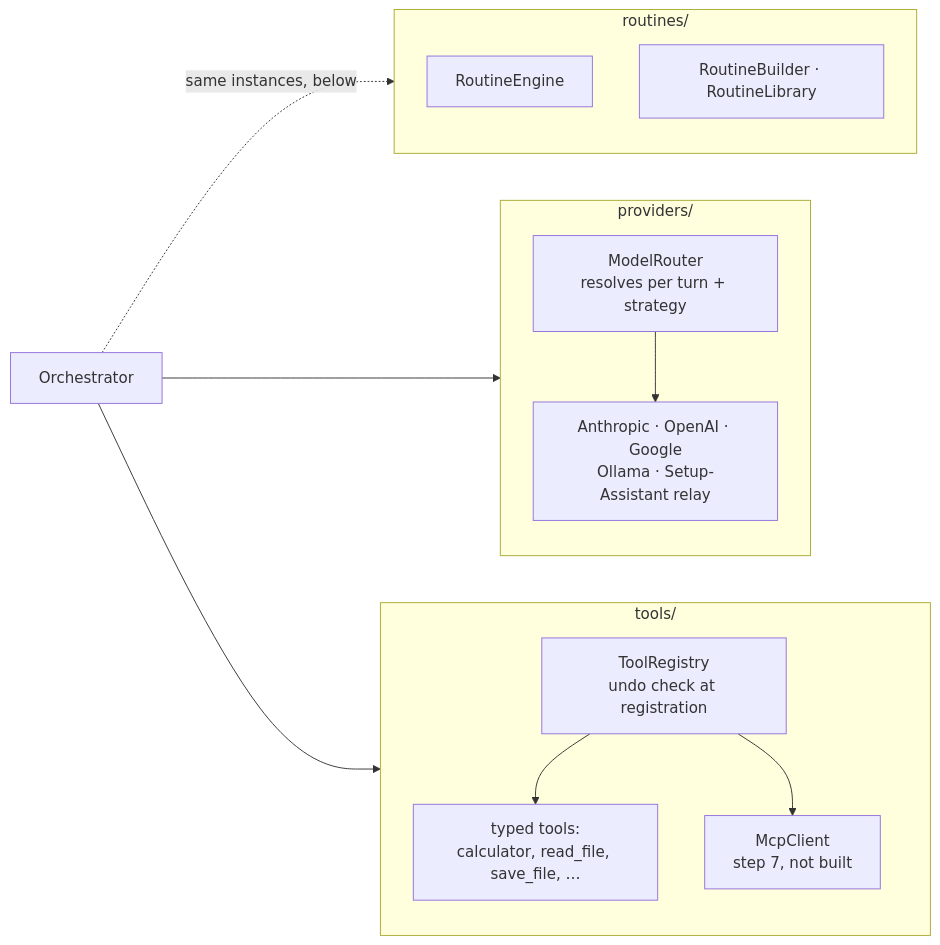
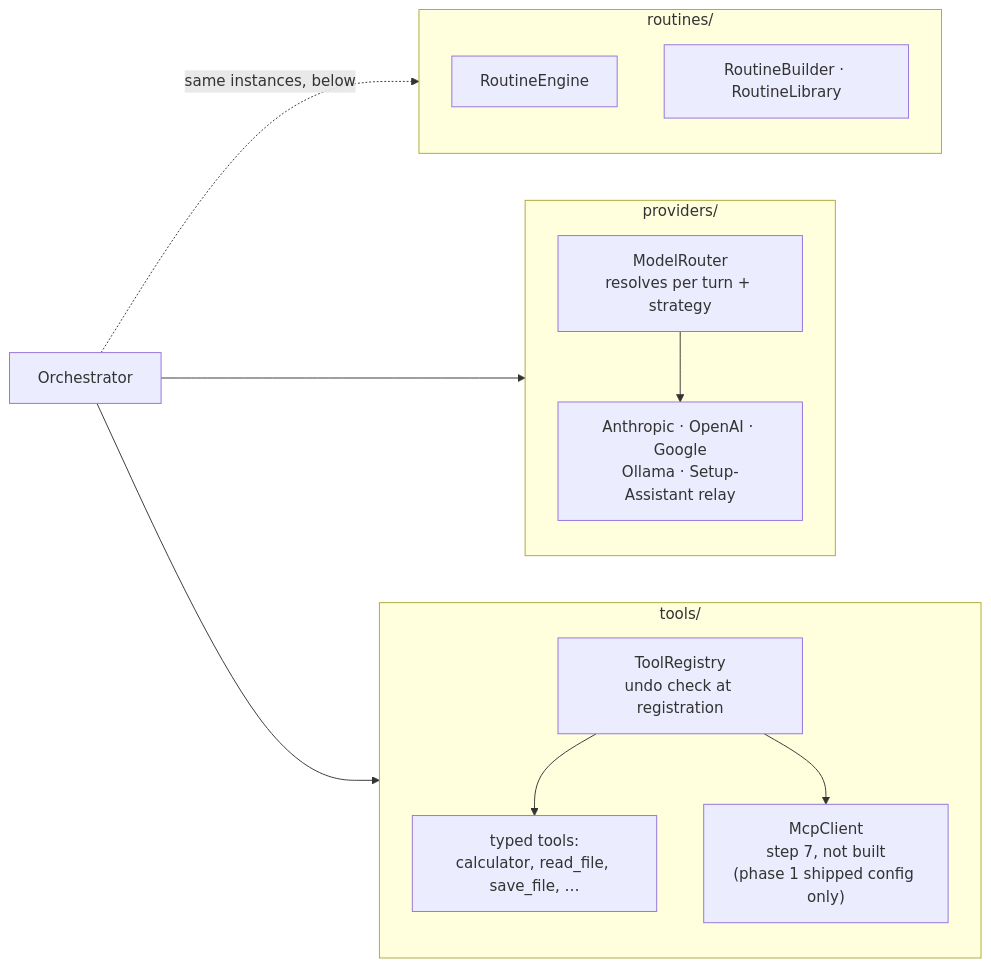
The third of 4 diagrams in docs/architecture.md (N041M/Addison), drawn with Mermaid before and after one commit. The commit also changed other lines of this file and 17 other files, not shown here.

````diff
--- a/docs/architecture.md
+++ b/docs/architecture.md
@@ -189,27 +189,27 @@
 ```mermaid
 flowchart LR
     Orch["Orchestrator"]
 
     subgraph tools["tools/"]
         direction TB
         TR["ToolRegistry<br/>undo check at registration"]
         TR --> Tool["typed tools:<br/>calculator, read_file, save_file, …"]
-        TR --> MCP["McpClient<br/>step 7, not built"]
+        TR --> MCP["McpClient<br/>step 7, not built<br/>(phase 1 shipped config only)"]
     end
 
     subgraph providers["providers/"]
         direction TB
         MR["ModelRouter<br/>resolves per turn + strategy"]
         MR --> Prov["Anthropic · OpenAI · Google<br/>Ollama · Setup-Assistant relay"]
     end
 
     subgraph routines["routines/"]
         direction TB
         RE["RoutineEngine"]
         RBL["RoutineBuilder · RoutineLibrary"]
     end
 
     Orch --> TR
     Orch --> MR
     Orch -.->|"same instances, below"| RE
 ```
````
